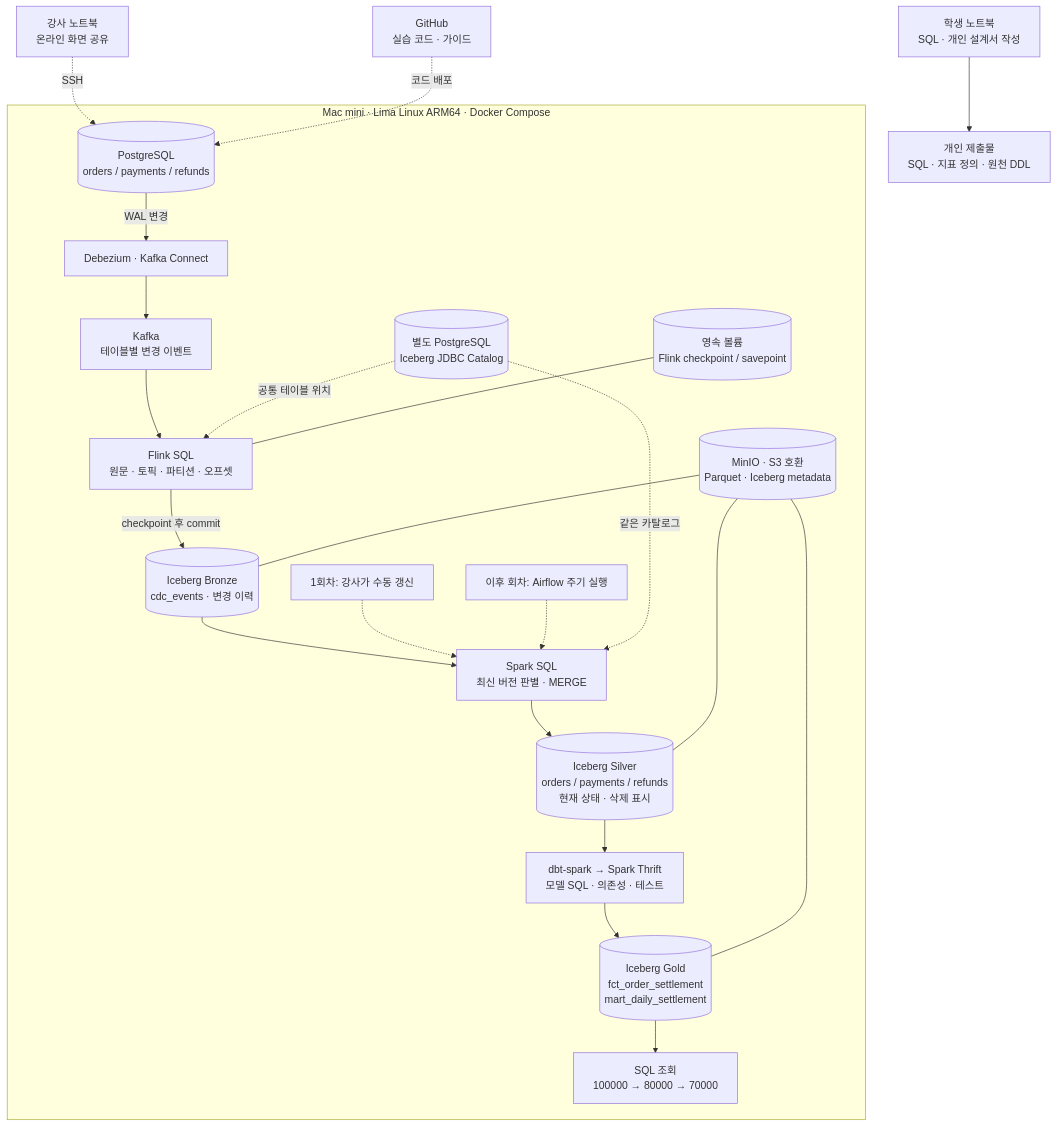
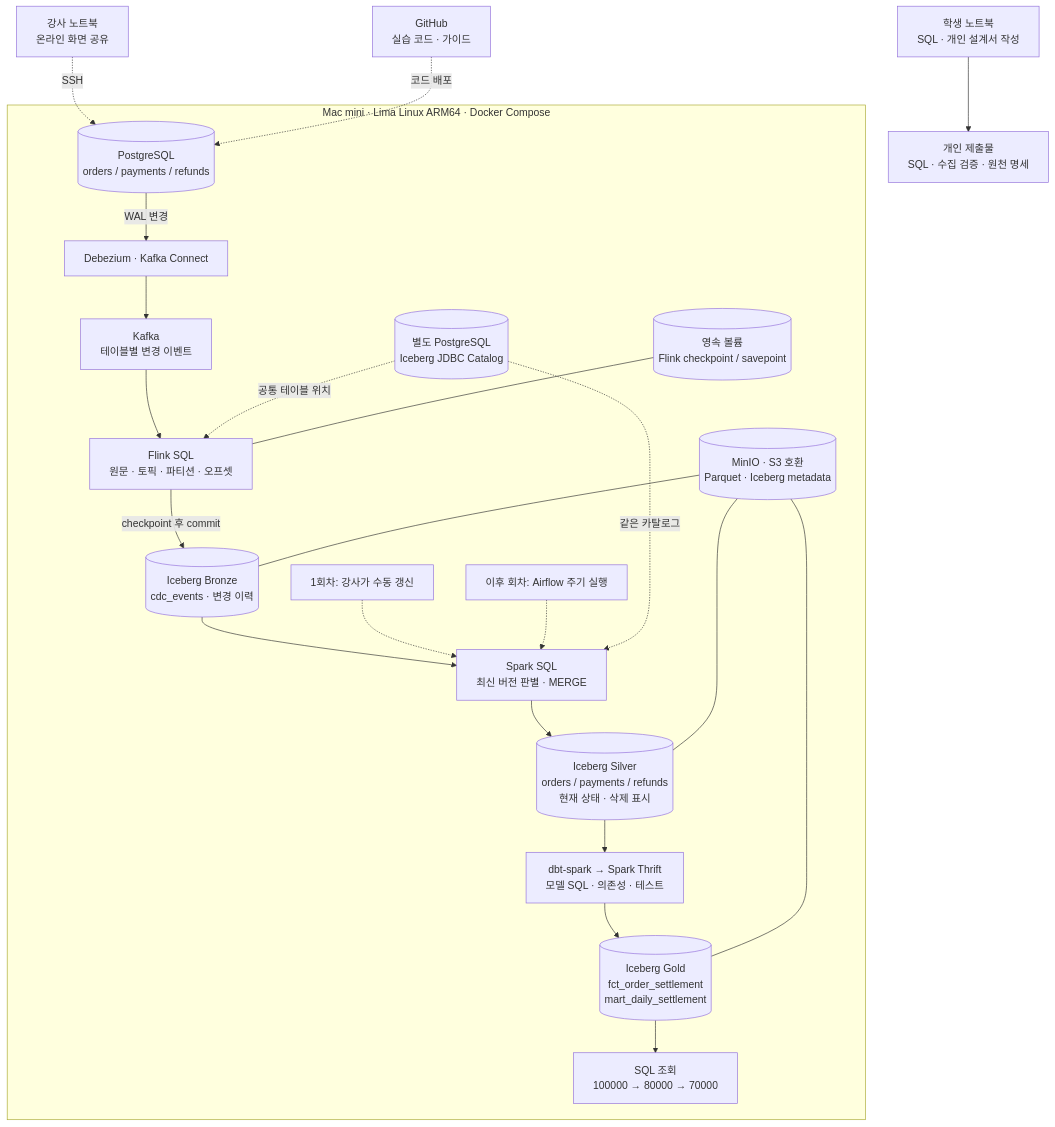
The first of 3 diagrams in labs/session01/architecture.md (kim-dabin/cdc-lakehouse-study), drawn with Mermaid before and after one commit. The commit also changed other lines of this file and 15 other files, not shown here.

````diff
--- a/labs/session01/architecture.md
+++ b/labs/session01/architecture.md
@@ -19,25 +19,25 @@
 ```mermaid
 flowchart TB
-  student[학생 노트북<br/>SQL · 개인 설계서 작성] --> submission[개인 제출물<br/>SQL · 지표 정의 · 원천 DDL]
+  student[학생 노트북<br/>SQL · 개인 설계서 작성] --> submission[개인 제출물<br/>SQL · 수집 검증 · 원천 명세]
   teacher[강사 노트북<br/>온라인 화면 공유] -. SSH .-> pg
   repo[GitHub<br/>실습 코드 · 가이드] -. 코드 배포 .-> pg
   subgraph mini[Mac mini · Lima Linux ARM64 · Docker Compose]
     pg[(PostgreSQL<br/>orders / payments / refunds)] -->|WAL 변경| debezium[Debezium · Kafka Connect]
     debezium --> kafka[Kafka<br/>테이블별 변경 이벤트]
     kafka --> flink[Flink SQL<br/>원문 · 토픽 · 파티션 · 오프셋]
     flink -->|checkpoint 후 commit| bronze[(Iceberg Bronze<br/>cdc_events · 변경 이력)]
     bronze --> spark[Spark SQL<br/>최신 버전 판별 · MERGE]
     spark --> silver[(Iceberg Silver<br/>orders / payments / refunds<br/>현재 상태 · 삭제 표시)]
     silver --> dbt[dbt-spark → Spark Thrift<br/>모델 SQL · 의존성 · 테스트]
     dbt --> gold[(Iceberg Gold<br/>fct_order_settlement<br/>mart_daily_settlement)]
     gold --> result[SQL 조회<br/>100000 → 80000 → 70000]
     manual[1회차: 강사가 수동 갱신] -.-> spark
     airflow[이후 회차: Airflow 주기 실행] -.-> spark
     catalog[(별도 PostgreSQL<br/>Iceberg JDBC Catalog)] -. 공통 테이블 위치 .-> flink
     catalog -. 같은 카탈로그 .-> spark
     objectstore[(MinIO · S3 호환<br/>Parquet · Iceberg metadata)] --- bronze
     objectstore --- silver
     objectstore --- gold
     checkpoint[(영속 볼륨<br/>Flink checkpoint / savepoint)] --- flink
   end
 ```
````
